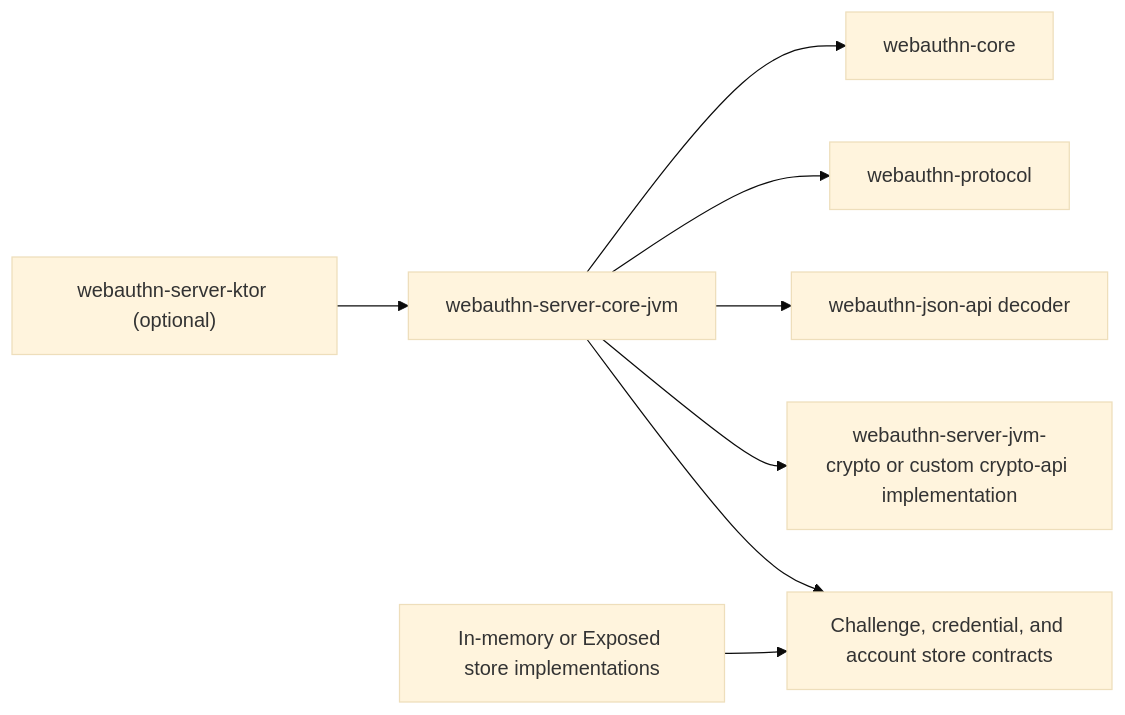
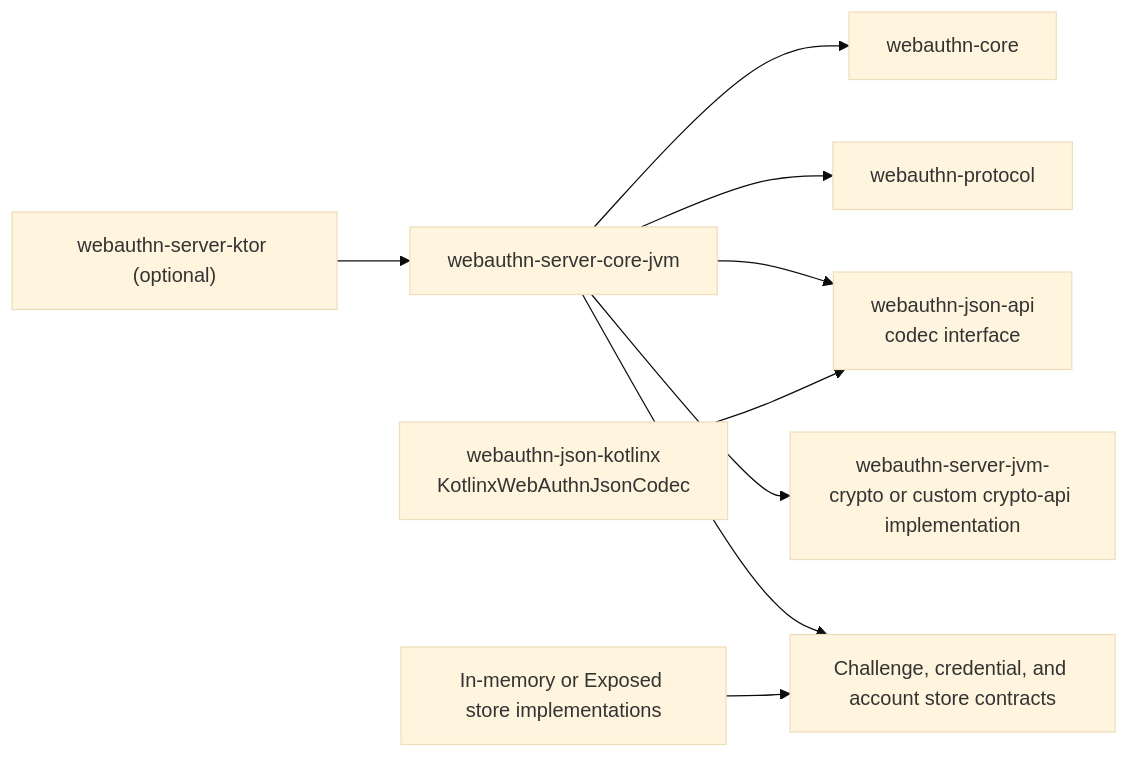
Before and after one commit to szijpeter/webauthn-kotlin-multiplatform: the diagram in server/webauthn-server-core-jvm/README.md, drawn with Mermaid (base theme). The commit also changed 15 other files, not shown here.

````diff
--- a/server/webauthn-server-core-jvm/README.md
+++ b/server/webauthn-server-core-jvm/README.md
@@ -72,10 +72,11 @@
 ```mermaid
 flowchart LR
     KTOR["webauthn-server-ktor (optional)"] --> SVC["webauthn-server-core-jvm"]
     SVC --> CORE["webauthn-core"]
     SVC --> PROTOCOL["webauthn-protocol"]
-    SVC --> JSON["webauthn-json-api decoder"]
+    SVC --> JSON_API["webauthn-json-api<br/>codec interface"]
+    JSON_KOTLINX["webauthn-json-kotlinx<br/>KotlinxWebAuthnJsonCodec"] --> JSON_API
     SVC --> CRYPTO["webauthn-server-jvm-crypto or custom crypto-api implementation"]
     SVC --> STORE["Challenge, credential, and account store contracts"]
     IMPLEMENTATION["In-memory or Exposed store implementations"] --> STORE
 ```
````
